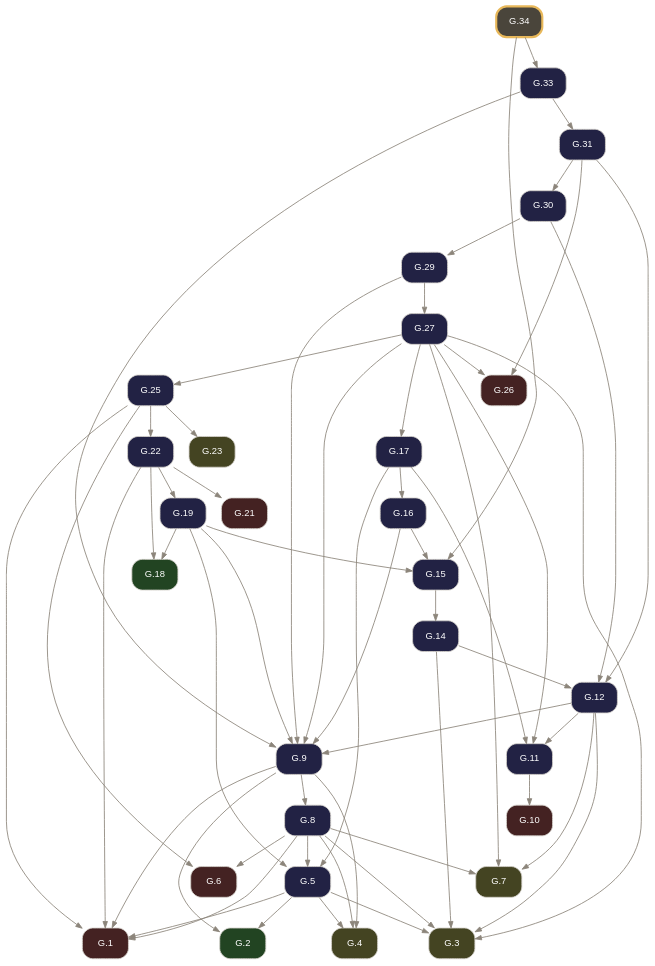
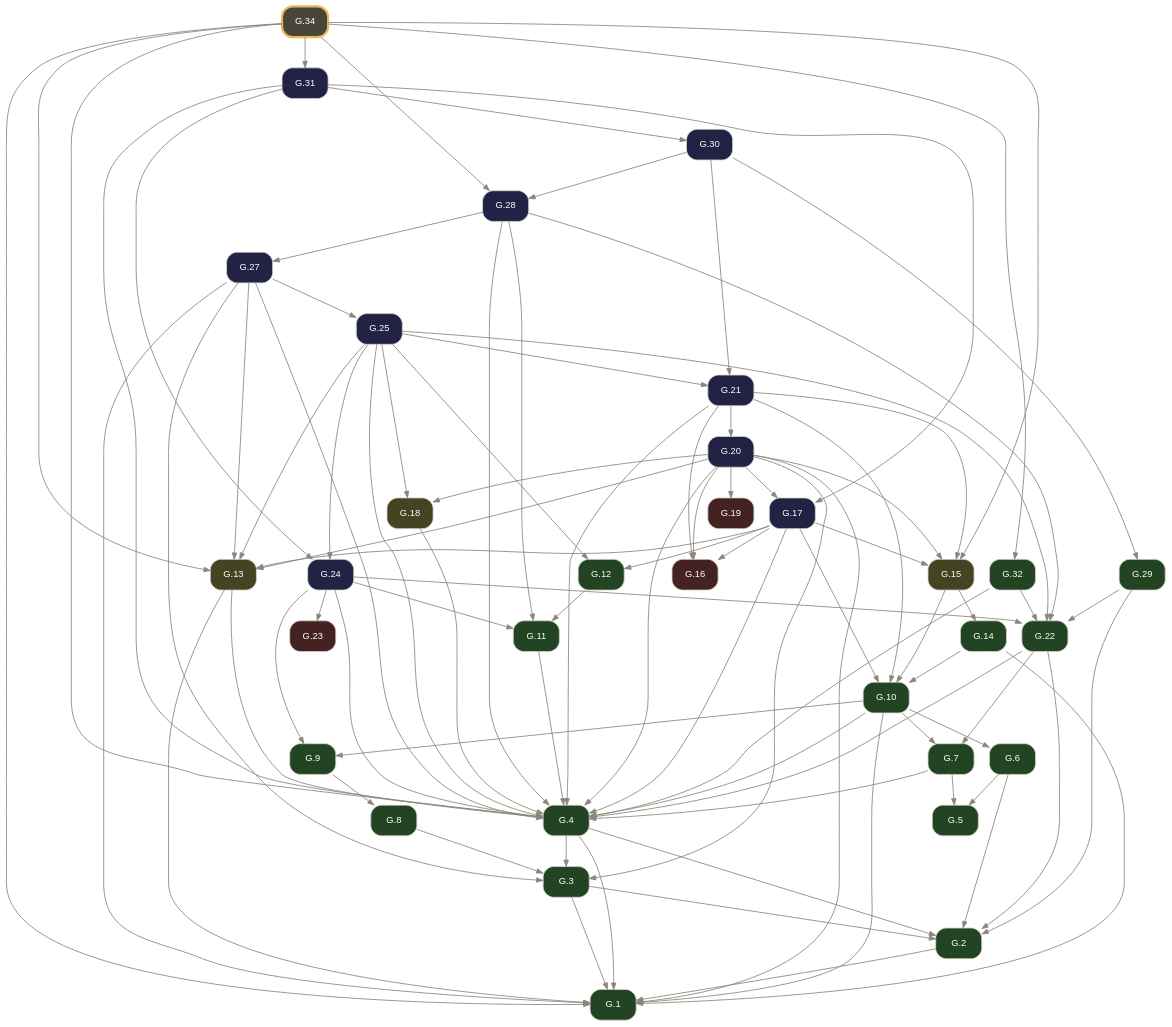
Before and after one commit to geometor/elements: the diagram in docsrc/elements2/G.34/index.rst, drawn with Graphviz. The commit also changed other lines of this file and 2974 other files, not shown here.

Commit message:
feat(elements2): wire defined terms, short verb titles, coincidence operator, and 2-point circle notation (v0.4.0)

```diff
--- a/docsrc/elements2/G.34/index.rst
+++ b/docsrc/elements2/G.34/index.rst
@@ -63,90 +88,124 @@
      node [shape=box, style="rounded,filled", fontname="Helvetica", fontsize=11, color="#d6d3cd", fontcolor="#ffffff"];
      edge [color="#8c857b", fontcolor="#8c857b", arrowsize=0.75];
      rankdir="TB";
-     "G.1" [label="G.1", tooltip="G.1 (I.cn.1): Things equal to the same thing are equal to one another.", fillcolor="#442222", URL="../G.1/index.html", target="_top"];
-     "G.2" [label="G.2", tooltip="G.2 (I.def.15): A circle is a plane figure contained by one line such that all segments falling upon it from its center are equal.", fillcolor="#224422", URL="../G.2/index.html", target="_top"];
-     "G.3" [label="G.3", tooltip="G.3 (I.post.1): Construct a segment between any two points.", fillcolor="#444422", URL="../G.3/index.html", target="_top"];
-     "G.4" [label="G.4", tooltip="G.4 (I.post.3): Construct a circle with any center and radius.", fillcolor="#444422", URL="../G.4/index.html", target="_top"];
-     "G.5" [label="G.5", tooltip="G.5 (I.1): Construct an equilateral triangle on a given finite segment.", fillcolor="#222244", URL="../G.5/index.html", target="_top"];
-     "G.6" [label="G.6", tooltip="G.6 (I.cn.3): If equals are subtracted from equals, the remainders are equal.", fillcolor="#442222", URL="../G.6/index.html", target="_top"];
-     "G.7" [label="G.7", tooltip="G.7 (I.post.2): Extend a finite segment continuously in a straight line.", fillcolor="#444422", URL="../G.7/index.html", target="_top"];
-     "G.8" [label="G.8", tooltip="G.8 (I.2): Construct at a given point a segment equal to a given segment.", fillcolor="#222244", URL="../G.8/index.html", target="_top"];
-     "G.9" [label="G.9", tooltip="G.9 (I.3): Cut off from the greater of two unequal segments a segment equal to the less.", fillcolor="#222244", URL="../G.9/index.html", target="_top"];
-     "G.10" [label="G.10", tooltip="G.10 (I.cn.4): Things that coincide with one another are equal.", fillcolor="#442222", URL="../G.10/index.html", target="_top"];
-     "G.11" [label="G.11", tooltip="G.11 (I.4): Triangles with two sides and the included angle equal are congruent (SAS).", fillcolor="#222244", URL="../G.11/index.html", target="_top"];
-     "G.12" [label="G.12", tooltip="G.12 (I.5): In an isosceles triangle, the angles at the base are equal, and if the equal sides are extended, the angles under the base are equal.", fillcolor="#222244", URL="../G.12/index.html", target="_top"];
-     "G.14" [label="G.14", tooltip="G.14 (I.7): On the same segment and on the same side, there cannot be constructed two distinct triangles with both pairs of conterminous sides equal.", fillcolor="#222244", URL="../G.14/index.html", target="_top"];
-     "G.15" [label="G.15", tooltip="G.15 (I.8): Triangles with all three corresponding sides equal have their corresponding angles equal (SSS).", fillcolor="#222244", URL="../G.15/index.html", target="_top"];
-     "G.16" [label="G.16", tooltip="G.16 (I.9): Bisect a given angle.", fillcolor="#222244", URL="../G.16/index.html", target="_top"];
-     "G.17" [label="G.17", tooltip="G.17 (I.10): Bisect a given finite segment.", fillcolor="#222244", URL="../G.17/index.html", target="_top"];
-     "G.18" [label="G.18", tooltip="G.18 (I.def.10): When a straight line standing on a straight line makes the adjacent angles equal, each of the equal angles is a right angle, and the standing line is perpendicular to that on which...", fillcolor="#224422", URL="../G.18/index.html", target="_top"];
-     "G.19" [label="G.19", tooltip="G.19 (I.11): Construct a line at right angles to a given line from a given point on it.", fillcolor="#222244", URL="../G.19/index.html", target="_top"];
-     "G.21" [label="G.21", tooltip="G.21 (I.cn.2): If equals are added to equals, the wholes are equal.", fillcolor="#442222", URL="../G.21/index.html", target="_top"];
-     "G.22" [label="G.22", tooltip="G.22 (I.13): A ray standing on a line makes either two right angles or adjacent angles summing to two right angles.", fillcolor="#222244", URL="../G.22/index.html", target="_top"];
-     "G.23" [label="G.23", tooltip="G.23 (I.post.4): All right angles are equal.", fillcolor="#444422", URL="../G.23/index.html", target="_top"];
-     "G.25" [label="G.25", tooltip="G.25 (I.15): Intersecting lines make their vertical angles equal.", fillcolor="#222244", URL="../G.25/index.html", target="_top"];
-     "G.26" [label="G.26", tooltip="G.26 (I.cn.5): The whole is greater than the part.", fillcolor="#442222", URL="../G.26/index.html", target="_top"];
-     "G.27" [label="G.27", tooltip="G.27 (I.16): In any triangle, if one side is extended, the exterior angle is greater than either opposite interior angle.", fillcolor="#222244", URL="../G.27/index.html", target="_top"];
-     "G.29" [label="G.29", tooltip="G.29 (I.18): In any triangle, the greater side subtends the greater angle.", fillcolor="#222244", URL="../G.29/index.html", target="_top"];
-     "G.30" [label="G.30", tooltip="G.30 (I.19): In any triangle, the greater angle is subtended by the greater side.", fillcolor="#222244", URL="../G.30/index.html", target="_top"];
-     "G.31" [label="G.31", tooltip="G.31 (I.20): In any triangle, the sum of any two sides is greater than the remaining side.", fillcolor="#222244", URL="../G.31/index.html", target="_top"];
-     "G.33" [label="G.33", tooltip="G.33 (I.22): Construct a triangle from three segments equal to three given segments satisfying the triangle inequality.", fillcolor="#222244", URL="../G.33/index.html", target="_top"];
-     "G.34" [label="G.34", tooltip="G.34 (I.23): Construct on a given line at a given point an angle equal to a given angle.", penwidth=2.5, color="#e8b85a", fillcolor="#4a453b", URL="index.html", target="_top"];
-     "G.5" -> "G.1";
-     "G.8" -> "G.1";
-     "G.9" -> "G.1";
-     "G.22" -> "G.1";
-     "G.25" -> "G.1";
-     "G.5" -> "G.2";
-     "G.9" -> "G.2";
-     "G.5" -> "G.3";
+     "G.1" [label="G.1", tooltip="G.1 (I.def.1): A point A is that which has no part.", fillcolor="#224422", URL="../G.1/index.html", target="_top"];
+     "G.2" [label="G.2", tooltip="G.2 (I.def.2): A line [ A B ] is a projection of a relationship of two points A, B.", fillcolor="#224422", URL="../G.2/index.html", target="_top"];
+     "G.3" [label="G.3", tooltip="G.3 (I.def.3): The extremities of a segment / A B / are points A, B.", fillcolor="#224422", URL="../G.3/index.html", target="_top"];
+     "G.4" [label="G.4", tooltip="G.4 (I.def.4): A segment / A B / is a portion of a line [ A B ] between two points A, B on the line.", fillcolor="#224422", URL="../G.4/index.html", target="_top"];
+     "G.5" [label="G.5", tooltip="G.5 (I.def.5): A surface is that which has length and breadth only.", fillcolor="#224422", URL="../G.5/index.html", target="_top"];
+     "G.6" [label="G.6", tooltip="G.6 (I.def.6): The extremities of a surface are lines or arcs.", fillcolor="#224422", URL="../G.6/index.html", target="_top"];
+     "G.7" [label="G.7", tooltip="G.7 (I.def.7): A plane surface lies evenly with the lines on itself.", fillcolor="#224422", URL="../G.7/index.html", target="_top"];
+     "G.8" [label="G.8", tooltip="G.8 (I.def.13): A boundary is the extremity of anything.", fillcolor="#224422", URL="../G.8/index.html", target="_top"];
+     "G.9" [label="G.9", tooltip="G.9 (I.def.14): A figure is that which is contained by any boundary or boundaries.", fillcolor="#224422", URL="../G.9/index.html", target="_top"];
+     "G.10" [label="G.10", tooltip="G.10 (I.def.15): A circle ( A B ) is a plane figure contained by one arc defined by a center A and a point B establishing its defining radius / A B /, such that all segments / A B /, / A C /, / A D...", fillcolor="#224422", URL="../G.10/index.html", target="_top"];
+     "G.11" [label="G.11", tooltip="G.11 (I.def.19): Rectilineal figures are contained by segments: trilateral by three, quadrilateral by four, and multilateral by more than four.", fillcolor="#224422", URL="../G.11/index.html", target="_top"];
+     "G.12" [label="G.12", tooltip="G.12 (I.def.20): Of trilateral figures, an equilateral triangle < A B C > has three equal sides, an isosceles triangle < D E F > has two equal sides, and a scalene triangle < G H K > has three uneq...", fillcolor="#224422", URL="../G.12/index.html", target="_top"];
+     "G.13" [label="G.13", tooltip="G.13 (I.post.1): Construct a segment / A B / between any two points A, B.", fillcolor="#444422", URL="../G.13/index.html", target="_top"];
+     "G.14" [label="G.14", tooltip="G.14 (I.def.16): The point A within the circle ( A B ) from which all segments / A B /, / A C / to the arc are equal is called the center of the circle.", fillcolor="#224422", URL="../G.14/index.html", target="_top"];
+     "G.15" [label="G.15", tooltip="G.15 (I.post.3): Construct a circle ( A B ) with center A and defining radius point B.", fillcolor="#444422", URL="../G.15/index.html", target="_top"];
+     "G.16" [label="G.16", tooltip="G.16 (I.cn.1): Things equal to the same thing are equal to one another.", fillcolor="#442222", URL="../G.16/index.html", target="_top"];
+     "G.17" [label="G.17", tooltip="G.17 (I.1): Construct an equilateral triangle on a given segment.", fillcolor="#222244", URL="../G.17/index.html", target="_top"];
+     "G.18" [label="G.18", tooltip="G.18 (I.post.2): Extend a segment / A B / continuously along a line [ A B ] to / B C /.", fillcolor="#444422", URL="../G.18/index.html", target="_top"];
+     "G.19" [label="G.19", tooltip="G.19 (I.cn.3): If equals are subtracted from equals, the remainders are equal.", fillcolor="#442222", URL="../G.19/index.html", target="_top"];
+     "G.20" [label="G.20", tooltip="G.20 (I.2): Construct at a given point a segment equal to a given segment.", fillcolor="#222244", URL="../G.20/index.html", target="_top"];
+     "G.21" [label="G.21", tooltip="G.21 (I.3): Cut off from the greater of two unequal segments a segment equal to the less.", fillcolor="#222244", URL="../G.21/index.html", target="_top"];
+     "G.22" [label="G.22", tooltip="G.22 (I.def.8): A plane angle is the inclination to one another of two lines or arcs in a plane that meet and do not lie on the same line.", fillcolor="#224422", URL="../G.22/index.html", target="_top"];
+     "G.23" [label="G.23", tooltip="G.23 (I.cn.4): Things / A B /, / D E / that coincide with one another are equal to one another.", fillcolor="#442222", URL="../G.23/index.html", target="_top"];
+     "G.24" [label="G.24", tooltip="G.24 (I.4): Triangles with two sides and the included angle equal are congruent (SAS).", fillcolor="#222244", URL="../G.24/index.html", target="_top"];
+     "G.25" [label="G.25", tooltip="G.25 (I.5): In an isosceles triangle, the angles at the base are equal, and if the equal sides are extended, the angles under the base are equal.", fillcolor="#222244", URL="../G.25/index.html", target="_top"];
+     "G.27" [label="G.27", tooltip="G.27 (I.7): On the same segment and on the same side, there cannot be constructed two distinct triangles with both pairs of conterminous sides equal.", fillcolor="#222244", URL="../G.27/index.html", target="_top"];
+     "G.28" [label="G.28", tooltip="G.28 (I.8): Triangles with all three corresponding sides equal have their corresponding angles equal (SSS).", fillcolor="#222244", URL="../G.28/index.html", target="_top"];
+     "G.29" [label="G.29", tooltip="G.29 (I.def.9): A rectilineal angle is contained by two segments or lines.", fillcolor="#224422", URL="../G.29/index.html", target="_top"];
+     "G.30" [label="G.30", tooltip="G.30 (I.9): Bisect a given angle.", fillcolor="#222244", URL="../G.30/index.html", target="_top"];
+     "G.31" [label="G.31", tooltip="G.31 (I.10): Bisect a given segment.", fillcolor="#222244", URL="../G.31/index.html", target="_top"];
+     "G.32" [label="G.32", tooltip="G.32 (I.def.10): When a segment standing on a line makes the adjacent angles equal, each of the equal angles is a right angle, and the standing segment is perpendicular to the line.", fillcolor="#224422", URL="../G.32/index.html", target="_top"];
+     "G.34" [label="G.34", tooltip="G.34 (I.12): Construct a perpendicular to a given line from a given point not on it.", penwidth=2.5, color="#e8b85a", fillcolor="#4a453b", URL="index.html", target="_top"];
+     "G.2" -> "G.1";
+     "G.3" -> "G.1";
+     "G.4" -> "G.1";
+     "G.10" -> "G.1";
+     "G.13" -> "G.1";
+     "G.14" -> "G.1";
+     "G.20" -> "G.1";
+     "G.27" -> "G.1";
+     "G.34" -> "G.1";
+     "G.3" -> "G.2";
+     "G.4" -> "G.2";
+     "G.6" -> "G.2";
+     "G.22" -> "G.2";
+     "G.29" -> "G.2";
+     "G.4" -> "G.3";
      "G.8" -> "G.3";
-     "G.12" -> "G.3";
-     "G.14" -> "G.3";
+     "G.20" -> "G.3";
      "G.27" -> "G.3";
-     "G.5" -> "G.4";
-     "G.8" -> "G.4";
-     "G.9" -> "G.4";
-     "G.8" -> "G.5";
-     "G.17" -> "G.5";
-     "G.19" -> "G.5";
-     "G.8" -> "G.6";
-     "G.25" -> "G.6";
-     "G.8" -> "G.7";
-     "G.12" -> "G.7";
-     "G.27" -> "G.7";
+     "G.7" -> "G.4";
+     "G.10" -> "G.4";
+     "G.11" -> "G.4";
+     "G.13" -> "G.4";
+     "G.17" -> "G.4";
+     "G.18" -> "G.4";
+     "G.20" -> "G.4";
+     "G.21" -> "G.4";
+     "G.22" -> "G.4";
+     "G.24" -> "G.4";
+     "G.25" -> "G.4";
+     "G.27" -> "G.4";
+     "G.28" -> "G.4";
+     "G.31" -> "G.4";
+     "G.32" -> "G.4";
+     "G.34" -> "G.4";
+     "G.6" -> "G.5";
+     "G.7" -> "G.5";
+     "G.10" -> "G.6";
+     "G.10" -> "G.7";
+     "G.22" -> "G.7";
      "G.9" -> "G.8";
-     "G.12" -> "G.9";
-     "G.16" -> "G.9";
-     "G.19" -> "G.9";
-     "G.27" -> "G.9";
-     "G.29" -> "G.9";
-     "G.33" -> "G.9";
-     "G.11" -> "G.10";
+     "G.10" -> "G.9";
+     "G.24" -> "G.9";
+     "G.14" -> "G.10";
+     "G.15" -> "G.10";
+     "G.17" -> "G.10";
+     "G.21" -> "G.10";
      "G.12" -> "G.11";
-     "G.17" -> "G.11";
-     "G.27" -> "G.11";
-     "G.14" -> "G.12";
-     "G.30" -> "G.12";
-     "G.31" -> "G.12";
+     "G.24" -> "G.11";
+     "G.28" -> "G.11";
+     "G.17" -> "G.12";
+     "G.25" -> "G.12";
+     "G.17" -> "G.13";
+     "G.20" -> "G.13";
+     "G.25" -> "G.13";
+     "G.27" -> "G.13";
+     "G.34" -> "G.13";
      "G.15" -> "G.14";
-     "G.16" -> "G.15";
-     "G.19" -> "G.15";
+     "G.17" -> "G.15";
+     "G.20" -> "G.15";
+     "G.21" -> "G.15";
      "G.34" -> "G.15";
      "G.17" -> "G.16";
-     "G.27" -> "G.17";
-     "G.19" -> "G.18";
-     "G.22" -> "G.18";
-     "G.22" -> "G.19";
-     "G.22" -> "G.21";
+     "G.20" -> "G.16";
+     "G.21" -> "G.16";
+     "G.20" -> "G.17";
+     "G.31" -> "G.17";
+     "G.20" -> "G.18";
+     "G.25" -> "G.18";
+     "G.20" -> "G.19";
+     "G.21" -> "G.20";
+     "G.25" -> "G.21";
+     "G.30" -> "G.21";
+     "G.24" -> "G.22";
      "G.25" -> "G.22";
-     "G.25" -> "G.23";
+     "G.28" -> "G.22";
+     "G.29" -> "G.22";
+     "G.32" -> "G.22";
+     "G.24" -> "G.23";
+     "G.25" -> "G.24";
+     "G.31" -> "G.24";
      "G.27" -> "G.25";
-     "G.27" -> "G.26";
-     "G.31" -> "G.26";
-     "G.29" -> "G.27";
+     "G.28" -> "G.27";
+     "G.30" -> "G.28";
+     "G.34" -> "G.28";
      "G.30" -> "G.29";
      "G.31" -> "G.30";
-     "G.33" -> "G.31";
-     "G.34" -> "G.33";
+     "G.34" -> "G.31";
+     "G.34" -> "G.32";
    }
```
